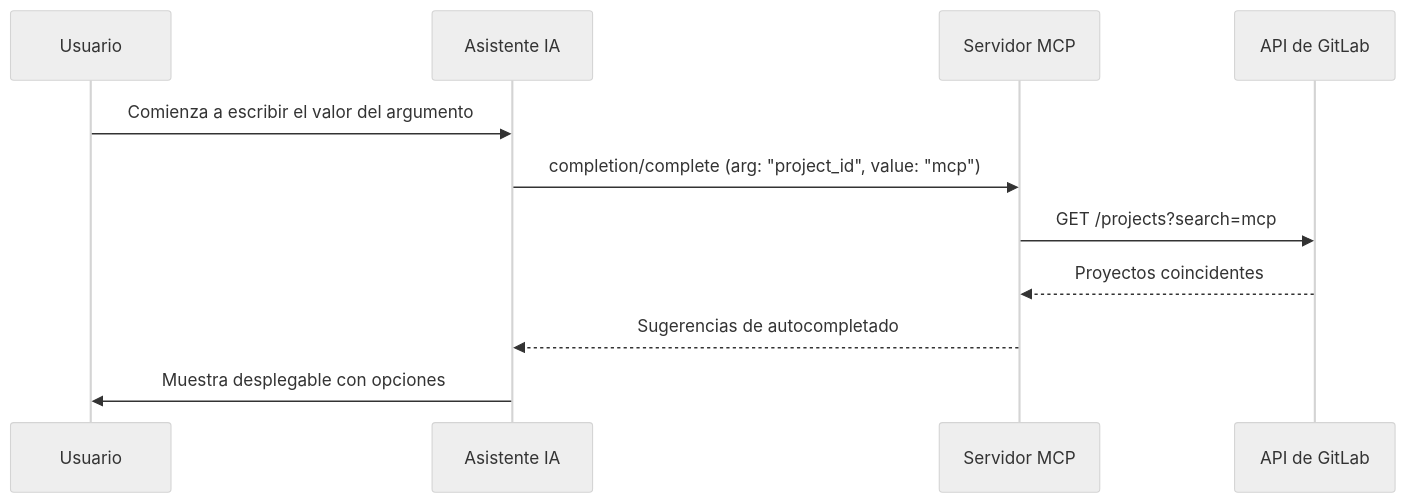
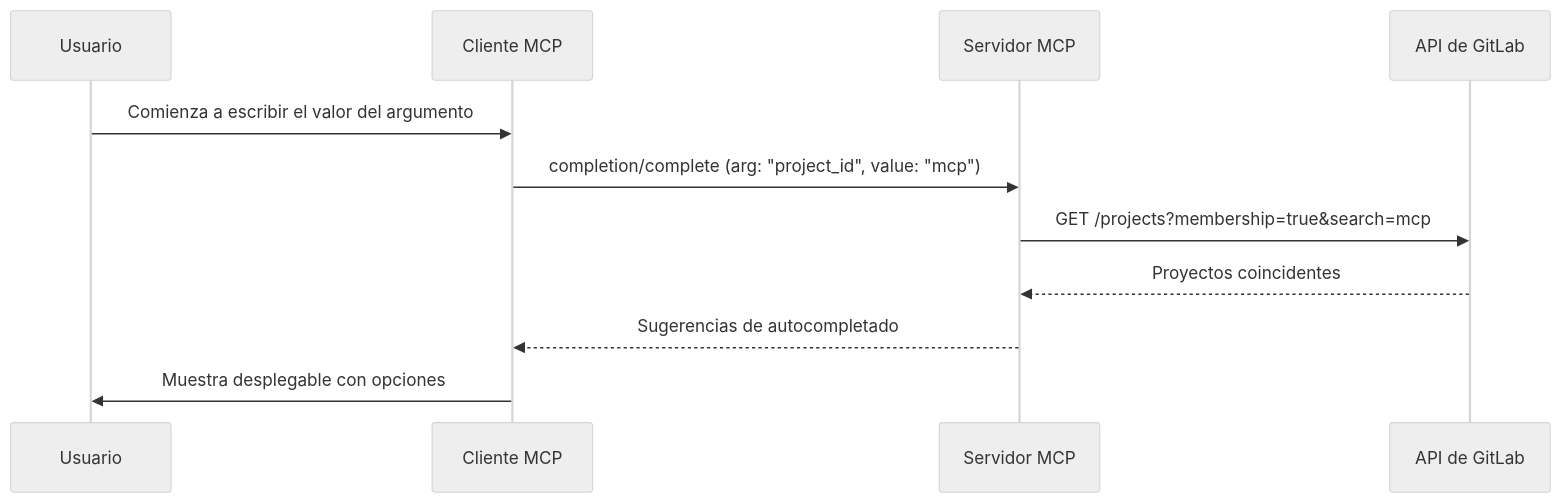
One commit to jmrplens/gitlab-mcp-server changed the diagram in site/src/content/docs/es/capabilities/completions.mdx. Above: the diagram before and after it, drawn with Mermaid (neutral theme). The commit also changed other lines of this file and 73 other files, not shown here.

````diff
--- a/site/src/content/docs/es/capabilities/completions.mdx
+++ b/site/src/content/docs/es/capabilities/completions.mdx
@@ -40,14 +48,14 @@
 ```mermaid
 sequenceDiagram
     participant U as Usuario
-    participant AI as Asistente IA
+    participant C as Cliente MCP
     participant S as Servidor MCP
     participant GL as API de GitLab
 
-    U->>AI: Comienza a escribir el valor del argumento
-    AI->>S: completion/complete (arg: "project_id", value: "mcp")
-    S->>GL: GET /projects?search=mcp
+    U->>C: Comienza a escribir el valor del argumento
+    C->>S: completion/complete (arg: "project_id", value: "mcp")
+    S->>GL: GET /projects?membership=true&search=mcp
     GL-->>S: Proyectos coincidentes
-    S-->>AI: Sugerencias de autocompletado
-    AI->>U: Muestra desplegable con opciones
+    S-->>C: Sugerencias de autocompletado
+    C->>U: Muestra desplegable con opciones
 ```
````
